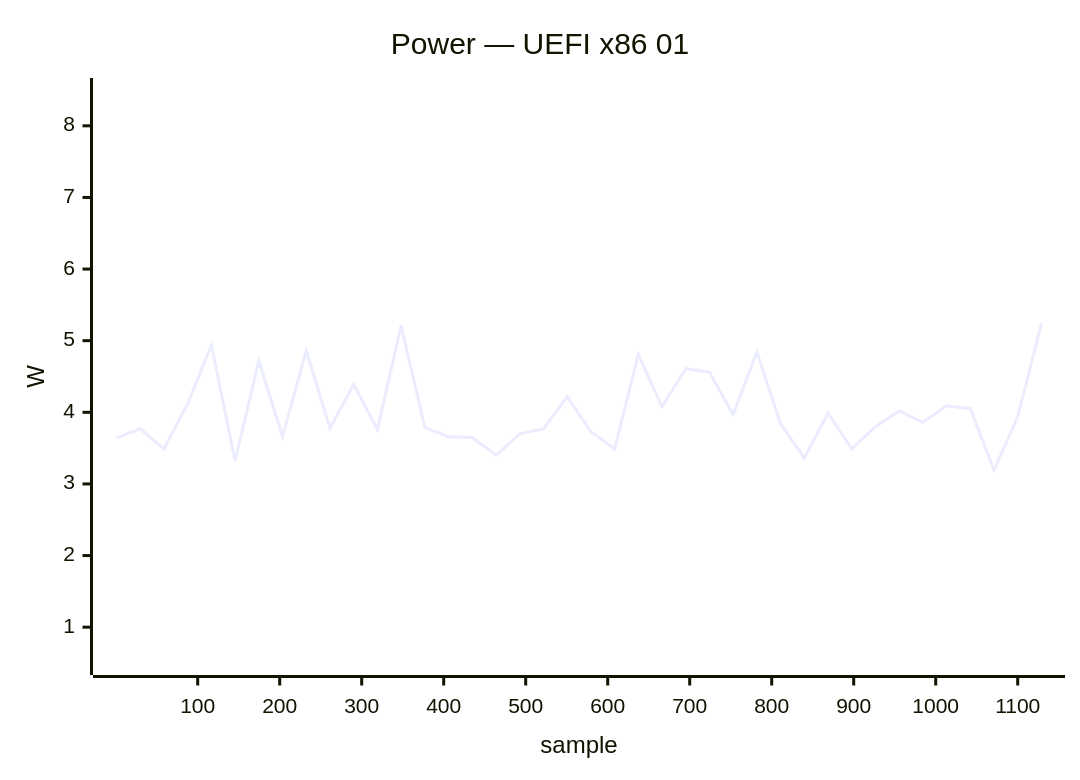
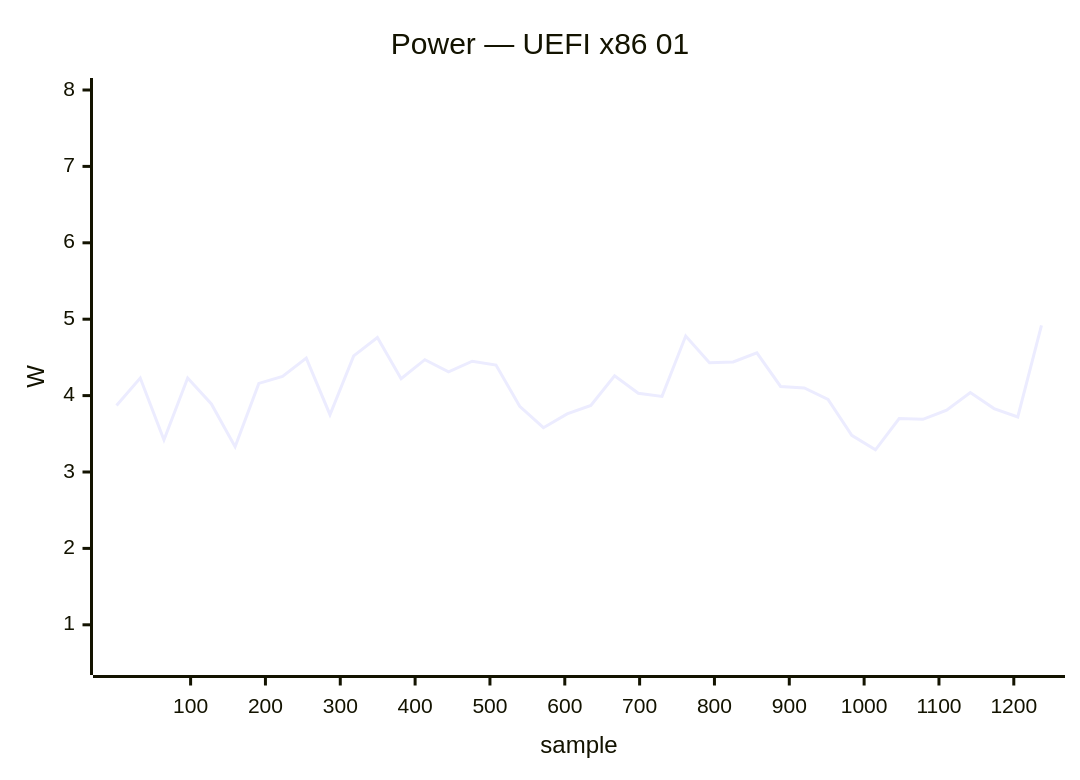
Diagram 31 of 32 in docs/status/board-tests.md (armbian/documentation), drawn with Mermaid before and after one commit. The commit also changed other lines of this file, not shown here.

````diff
--- a/docs/status/board-tests.md
+++ b/docs/status/board-tests.md
@@ -1581,7 +1707,7 @@
 ```mermaid
 xychart-beta
     title "Power — UEFI x86 01"
-    x-axis "sample" 1 --> 1129
-    y-axis "W" 0.5 --> 8.5
-    line [3.64, 3.77, 3.49, 4.12, 4.94, 3.32, 4.72, 3.66, 4.86, 3.78, 4.39, 3.76, 5.21, 3.79, 3.66, 3.65, 3.40, 3.70, 3.77, 4.22, 3.73, 3.49, 4.81, 4.08, 4.61, 4.56, 3.97, 4.84, 3.84, 3.36, 3.99, 3.49, 3.80, 4.02, 3.86, 4.09, 4.05, 3.19, 3.94, 5.24]
+    x-axis "sample" 1 --> 1237
+    y-axis "W" 0.5 --> 8.0
+    line [3.87, 4.23, 3.42, 4.23, 3.89, 3.33, 4.16, 4.25, 4.49, 3.75, 4.52, 4.76, 4.22, 4.47, 4.31, 4.45, 4.40, 3.86, 3.58, 3.76, 3.87, 4.26, 4.03, 3.99, 4.78, 4.43, 4.44, 4.56, 4.12, 4.10, 3.95, 3.48, 3.29, 3.70, 3.69, 3.81, 4.04, 3.83, 3.72, 4.92]
 ```
````
